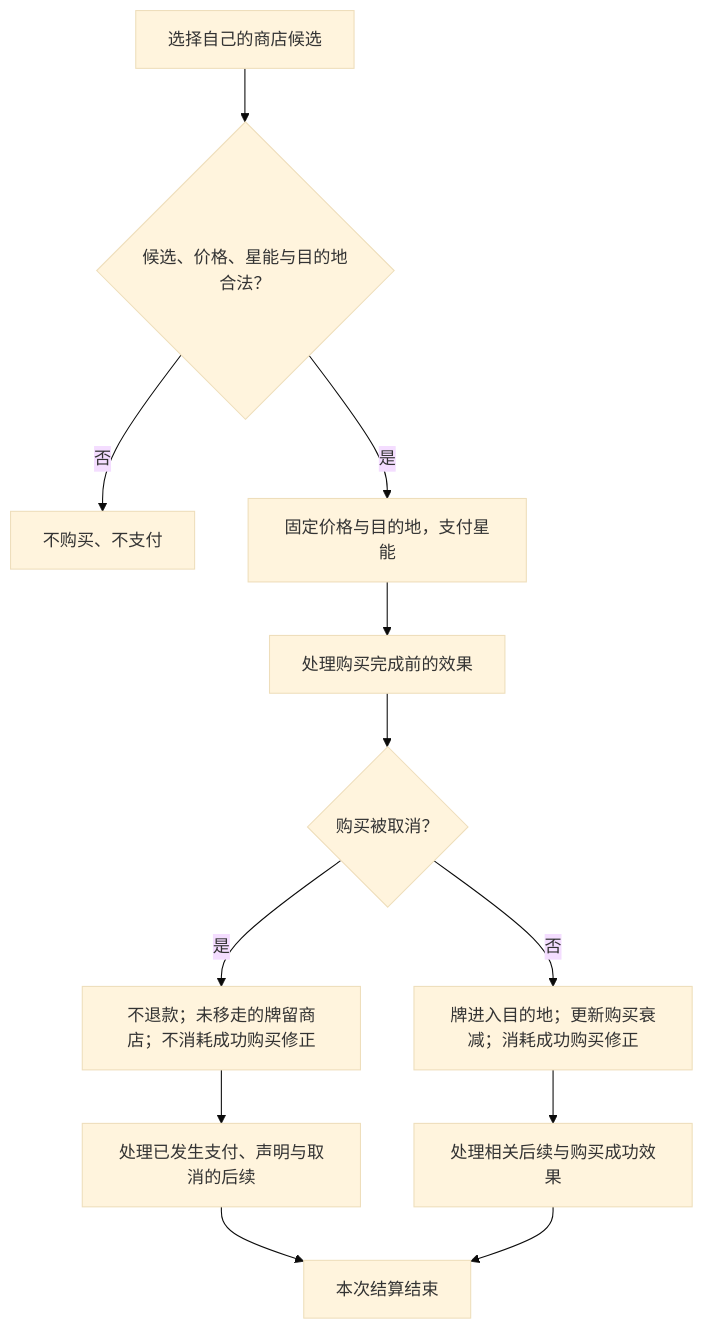
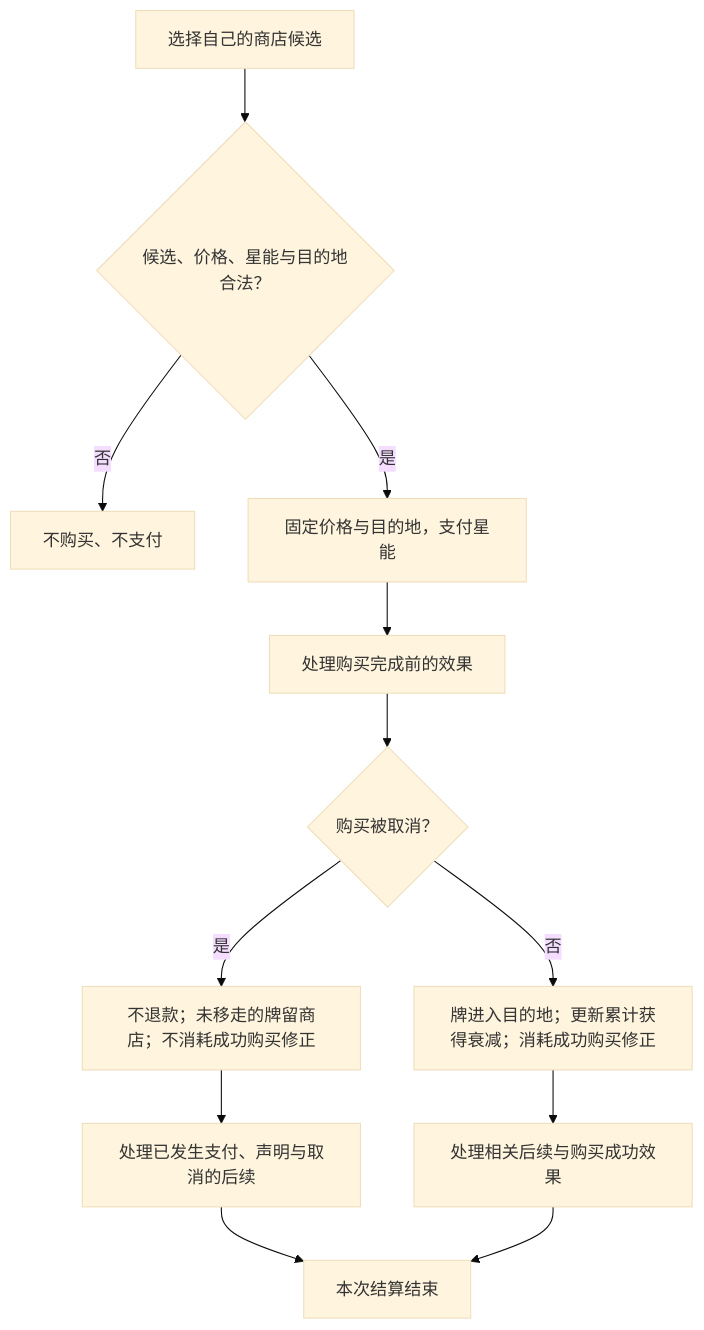
The diagram in docs/rules/common/economy.md (Time-Block-Hero/tbh-website), drawn with Mermaid (base theme) before and after one commit. The commit also changed other lines of this file and 6 other files, not shown here.

````diff
--- a/docs/rules/common/economy.md
+++ b/docs/rules/common/economy.md
@@ -126,14 +130,14 @@
 ```mermaid
 flowchart TD
   choose["选择自己的商店候选"] --> check{"候选、价格、星能与目的地合法？"}
   check -->|否| reject["不购买、不支付"]
   check -->|是| pay["固定价格与目的地，支付星能"]
   pay --> before["处理购买完成前的效果"]
   before --> cancel{"购买被取消？"}
   cancel -->|是| failed["不退款；未移走的牌留商店；不消耗成功购买修正"]
-  cancel -->|否| success["牌进入目的地；更新购买衰减；消耗成功购买修正"]
+  cancel -->|否| success["牌进入目的地；更新累计获得衰减；消耗成功购买修正"]
   success --> follow["处理相关后续与购买成功效果"]
   failed --> canceledFollow["处理已发生支付、声明与取消的后续"]
   canceledFollow --> done["本次结算结束"]
   follow --> done
 ```
````
